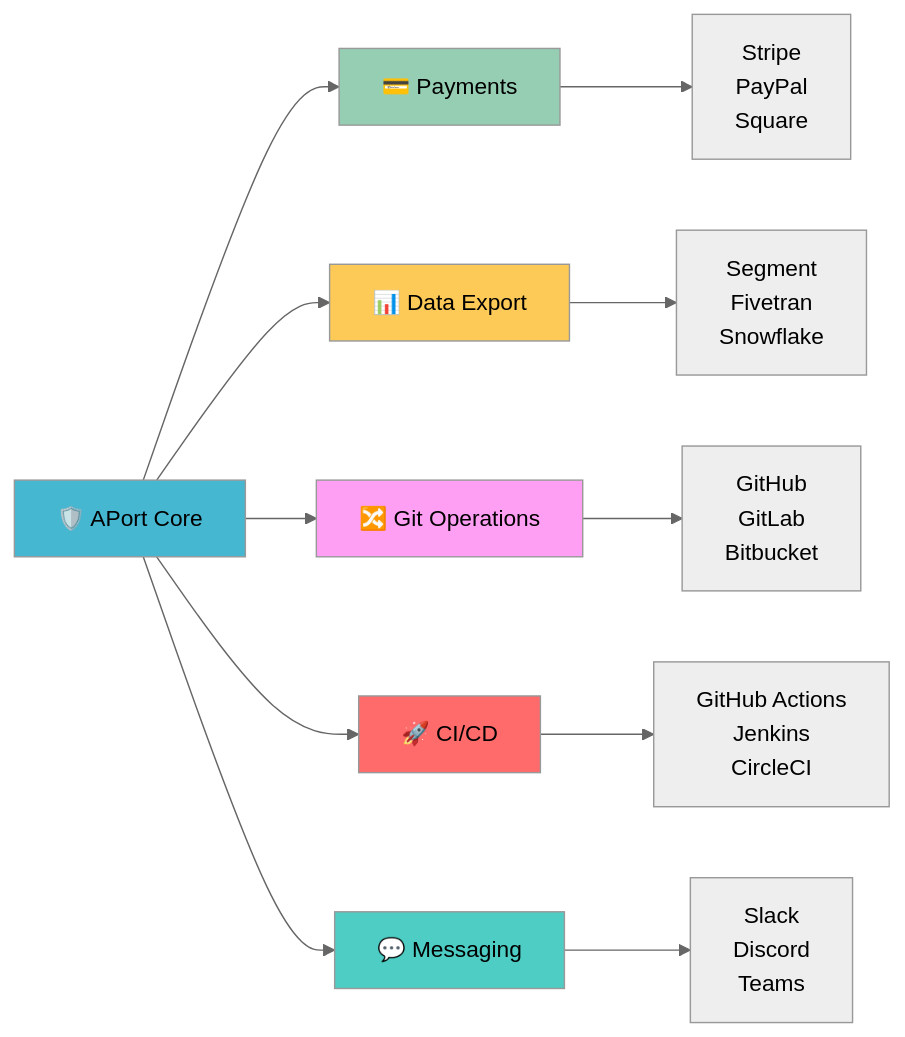
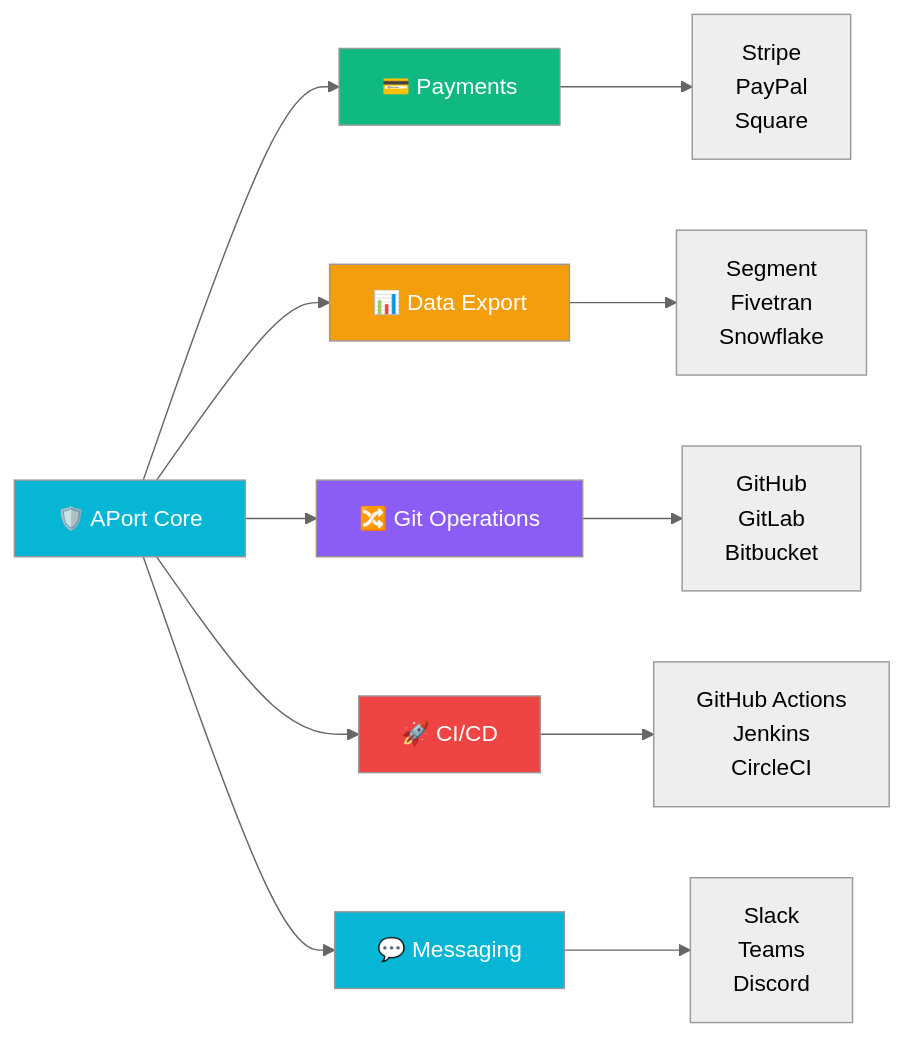
One commit to aporthq/.github changed the third of 4 diagrams in profile/README.md. Above: the diagram before and after it, drawn with Mermaid (neutral theme). The commit also changed other lines of this file, not shown here.

````diff
--- a/profile/README.md
+++ b/profile/README.md
@@ -147,21 +159,21 @@
 ```mermaid
 graph LR
     A[🛡️ APort Core] --> B[💳 Payments]
     A --> C[📊 Data Export]
     A --> D[🔀 Git Operations]
     A --> E[🚀 CI/CD]
     A --> F[💬 Messaging]
     
     B --> B1[Stripe<br/>PayPal<br/>Square]
     C --> C1[Segment<br/>Fivetran<br/>Snowflake]
     D --> D1[GitHub<br/>GitLab<br/>Bitbucket]
     E --> E1[GitHub Actions<br/>Jenkins<br/>CircleCI]
-    F --> F1[Slack<br/>Discord<br/>Teams]
+    F --> F1[Slack<br/>Teams<br/>Discord]
     
-    style A fill:#45b7d1
-    style B fill:#96ceb4
-    style C fill:#feca57
-    style D fill:#ff9ff3
-    style E fill:#ff6b6b
-    style F fill:#4ecdc4
+    style A fill:#06b6d4,color:#ffffff
+    style B fill:#10b981,color:#ffffff
+    style C fill:#f59e0b,color:#ffffff
+    style D fill:#8b5cf6,color:#ffffff
+    style E fill:#ef4444,color:#ffffff
+    style F fill:#06b6d4,color:#ffffff
 ```
````
